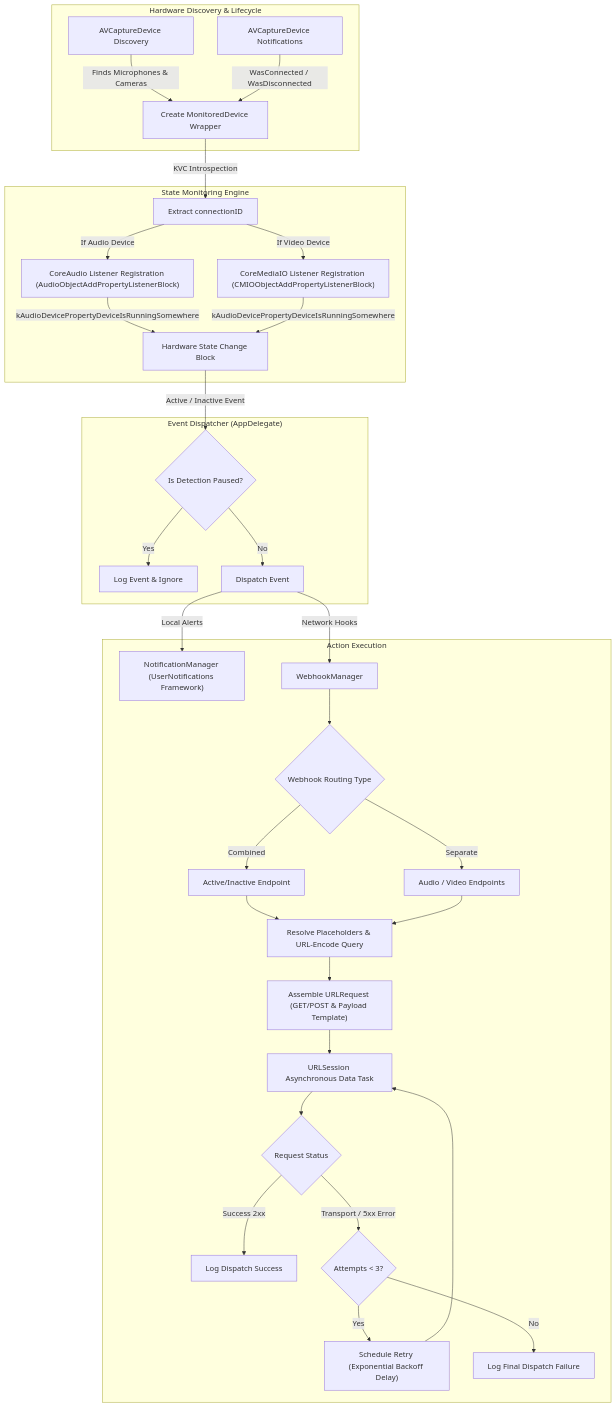
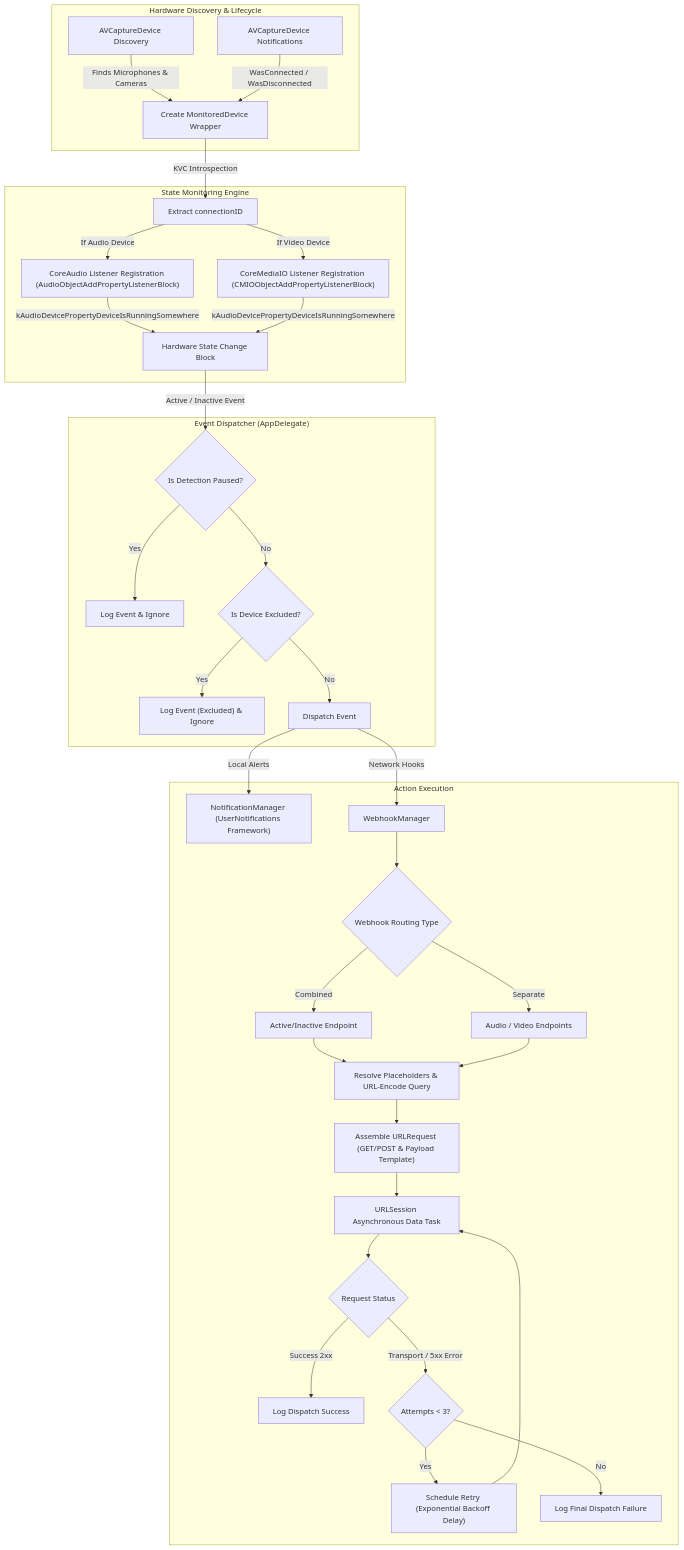
Before and after one commit to fellowgeek/in-meeting: the diagram in README.md, drawn with Mermaid. The commit also changed other lines of this file and 5 other files, not shown here.

````diff
--- a/README.md
+++ b/README.md
@@ -30,46 +31,48 @@
 ```mermaid
 graph TD
     %% Discovery & Lifecycle
     subgraph Discovery ["Hardware Discovery & Lifecycle"]
         A[AVCaptureDevice Discovery] -->|Finds Microphones & Cameras| B[Create MonitoredDevice Wrapper]
         C[AVCaptureDevice Notifications] -->|WasConnected / WasDisconnected| B
     end
 
     %% State Monitoring
     subgraph Monitoring ["State Monitoring Engine"]
         B -->|KVC Introspection| D[Extract connectionID]
         D -->|If Audio Device| E["CoreAudio Listener Registration (AudioObjectAddPropertyListenerBlock)"]
         D -->|If Video Device| F["CoreMediaIO Listener Registration (CMIOObjectAddPropertyListenerBlock)"]
         E -->|kAudioDevicePropertyDeviceIsRunningSomewhere| G[Hardware State Change Block]
         F -->|kAudioDevicePropertyDeviceIsRunningSomewhere| G
     end
 
     %% Routing
     subgraph Routing ["Event Dispatcher (AppDelegate)"]
         G -->|Active / Inactive Event| H{"Is Detection Paused?"}
         H -->|Yes| I[Log Event & Ignore]
-        H -->|No| J[Dispatch Event]
+        H -->|No| J1{"Is Device Excluded?"}
+        J1 -->|Yes| I2["Log Event (Excluded) & Ignore"]
+        J1 -->|No| J[Dispatch Event]
     end
 
     %% Targets
     subgraph Actions ["Action Execution"]
         J -->|Local Alerts| K["NotificationManager (UserNotifications Framework)"]
         J -->|Network Hooks| L[WebhookManager]
         
         L --> M{Webhook Routing Type}
         
         M -->|Combined| N[Active/Inactive Endpoint]
         M -->|Separate| O[Audio / Video Endpoints]
         
         N --> P[Resolve Placeholders & URL-Encode Query]
         O --> P
         P --> Q["Assemble URLRequest (GET/POST & Payload Template)"]
         Q --> R[URLSession Asynchronous Data Task]
         R --> S{Request Status}
         S -->|Success 2xx| T[Log Dispatch Success]
         S -->|Transport / 5xx Error| U{"Attempts < 3?"}
         U -->|Yes| V["Schedule Retry (Exponential Backoff Delay)"]
         V --> R
         U -->|No| W[Log Final Dispatch Failure]
     end
 ```
````
